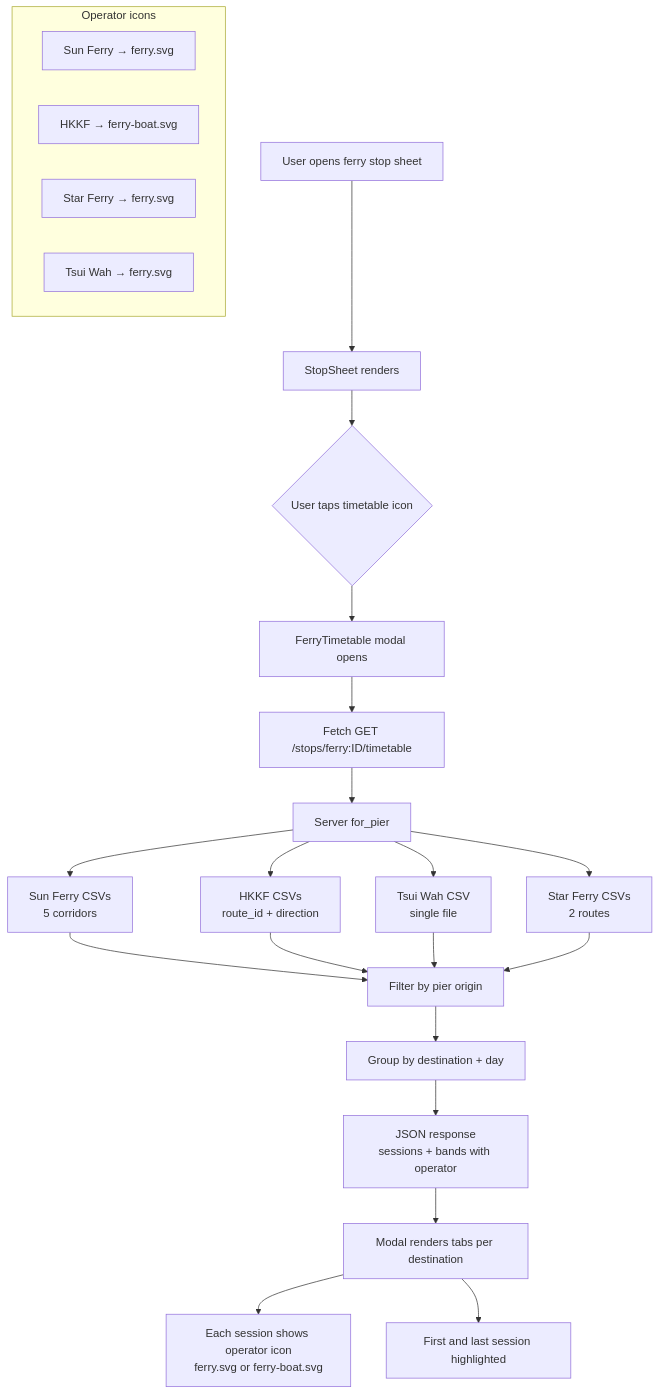
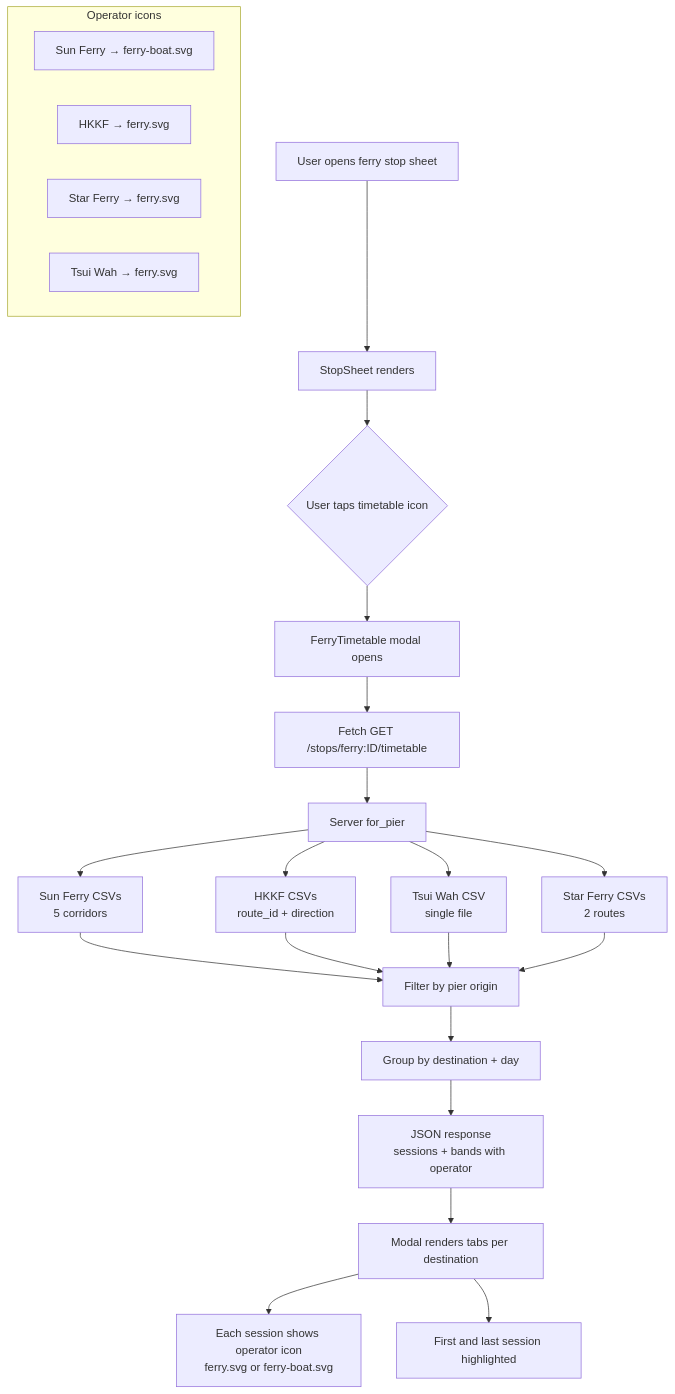
Before and after one commit to iravan/realtime-hk-traffic: the first of 3 diagrams in DATA.md, drawn with Mermaid. The commit also changed 1 other file, not shown here.

Commit message:
fix: swap Sun Ferry and HKKF timetable icons

````diff
--- a/DATA.md
+++ b/DATA.md
@@ -649,28 +649,28 @@
 ```mermaid
 flowchart TD
     A[User opens ferry stop sheet] --> B[StopSheet renders]
     B --> C{User taps timetable icon}
     C --> D[FerryTimetable modal opens]
     D --> E[Fetch GET /stops/ferry:ID/timetable]
     E --> F[Server for_pier]
     F --> G1[Sun Ferry CSVs<br/>5 corridors]
     F --> G2[HKKF CSVs<br/>route_id + direction]
     F --> G3[Tsui Wah CSV<br/>single file]
     F --> G4[Star Ferry CSVs<br/>2 routes]
     G1 --> H[Filter by pier origin]
     G2 --> H
     G3 --> H
     G4 --> H
     H --> I[Group by destination + day]
     I --> J[JSON response<br/>sessions + bands with operator]
     J --> K[Modal renders tabs per destination]
     K --> L[Each session shows operator icon<br/>ferry.svg or ferry-boat.svg]
     K --> M[First and last session highlighted]
 
     subgraph "Operator icons"
-        N[Sun Ferry → ferry.svg]
-        O[HKKF → ferry-boat.svg]
+        N[Sun Ferry → ferry-boat.svg]
+        O[HKKF → ferry.svg]
         P[Star Ferry → ferry.svg]
         Q[Tsui Wah → ferry.svg]
     end
 ```
````
